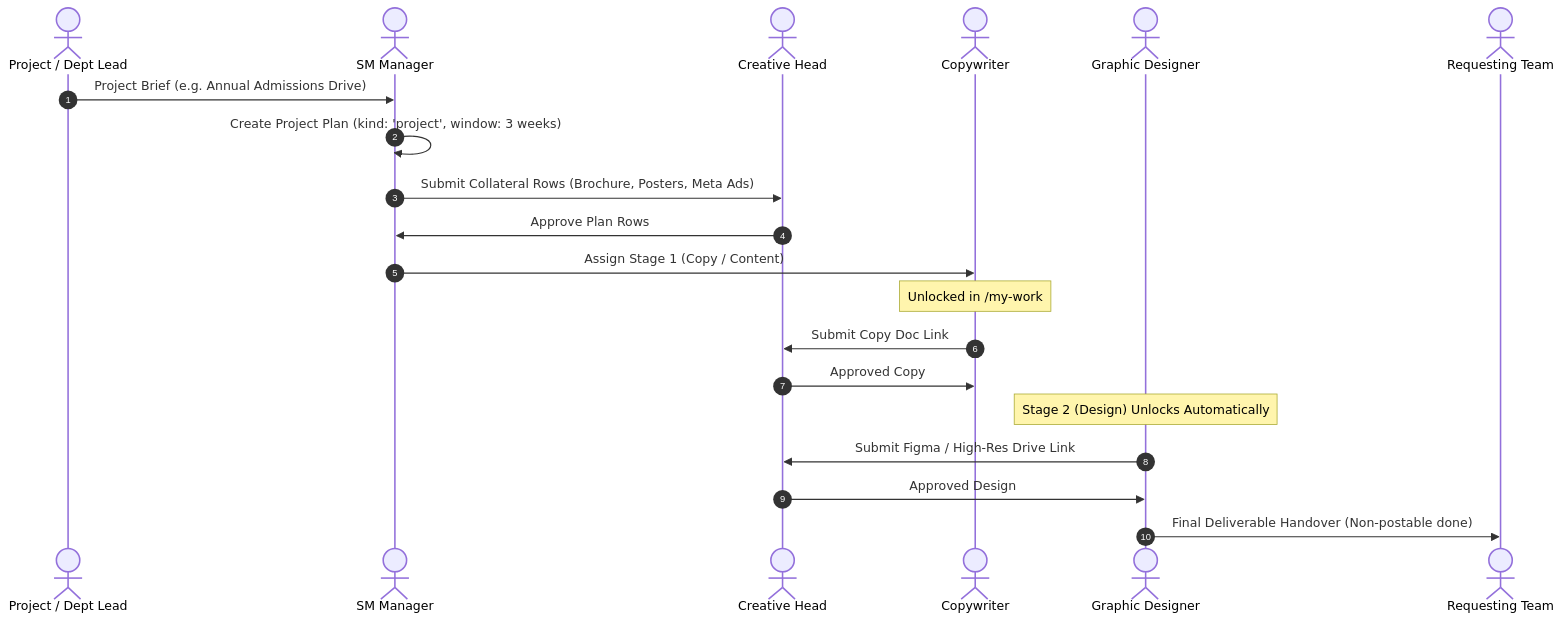
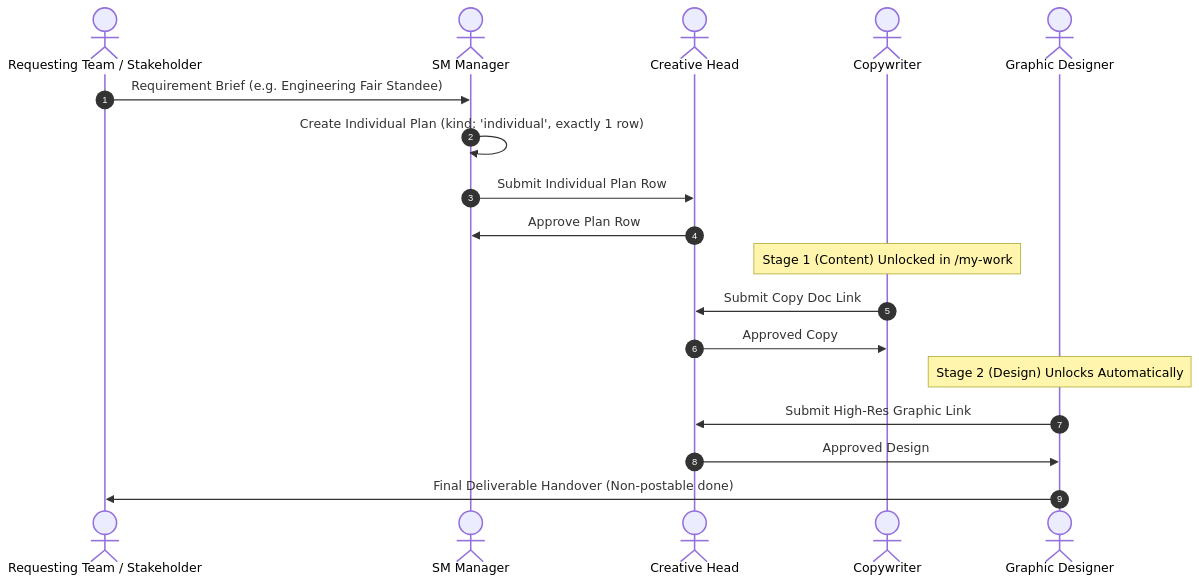
Before and after one commit to mubashirofcl/haca-forge: the third of 4 diagrams in docs/FLOW.md, drawn with Mermaid. The commit also changed other lines of this file and 251 other files, not shown here.

````diff
--- a/docs/FLOW.md
+++ b/docs/FLOW.md
@@ -141,23 +145,21 @@
 ```mermaid
 sequenceDiagram
     autonumber
-    actor Lead as Project / Dept Lead
+    actor Requester as Requesting Team / Stakeholder
     actor SMM as SM Manager
     actor CH as Creative Head
     actor Writer as Copywriter
     actor Designer as Graphic Designer
-    actor Stakeholder as Requesting Team
 
-    Lead->>SMM: Project Brief (e.g. Annual Admissions Drive)
-    SMM->>SMM: Create Project Plan (kind: 'project', window: 3 weeks)
-    SMM->>CH: Submit Collateral Rows (Brochure, Posters, Meta Ads)
-    CH->>SMM: Approve Plan Rows
-    SMM->>Writer: Assign Stage 1 (Copy / Content)
-    Note over Writer: Unlocked in /my-work
+    Requester->>SMM: Requirement Brief (e.g. Engineering Fair Standee)
+    SMM->>SMM: Create Individual Plan (kind: 'individual', exactly 1 row)
+    SMM->>CH: Submit Individual Plan Row
+    CH->>SMM: Approve Plan Row
+    Note over Writer: Stage 1 (Content) Unlocked in /my-work
     Writer->>CH: Submit Copy Doc Link
     CH->>Writer: Approved Copy
     Note over Designer: Stage 2 (Design) Unlocks Automatically
-    Designer->>CH: Submit Figma / High-Res Drive Link
+    Designer->>CH: Submit High-Res Graphic Link
     CH->>Designer: Approved Design
-    Designer->>Stakeholder: Final Deliverable Handover (Non-postable done)
+    Designer->>Requester: Final Deliverable Handover (Non-postable done)
 ```
````
